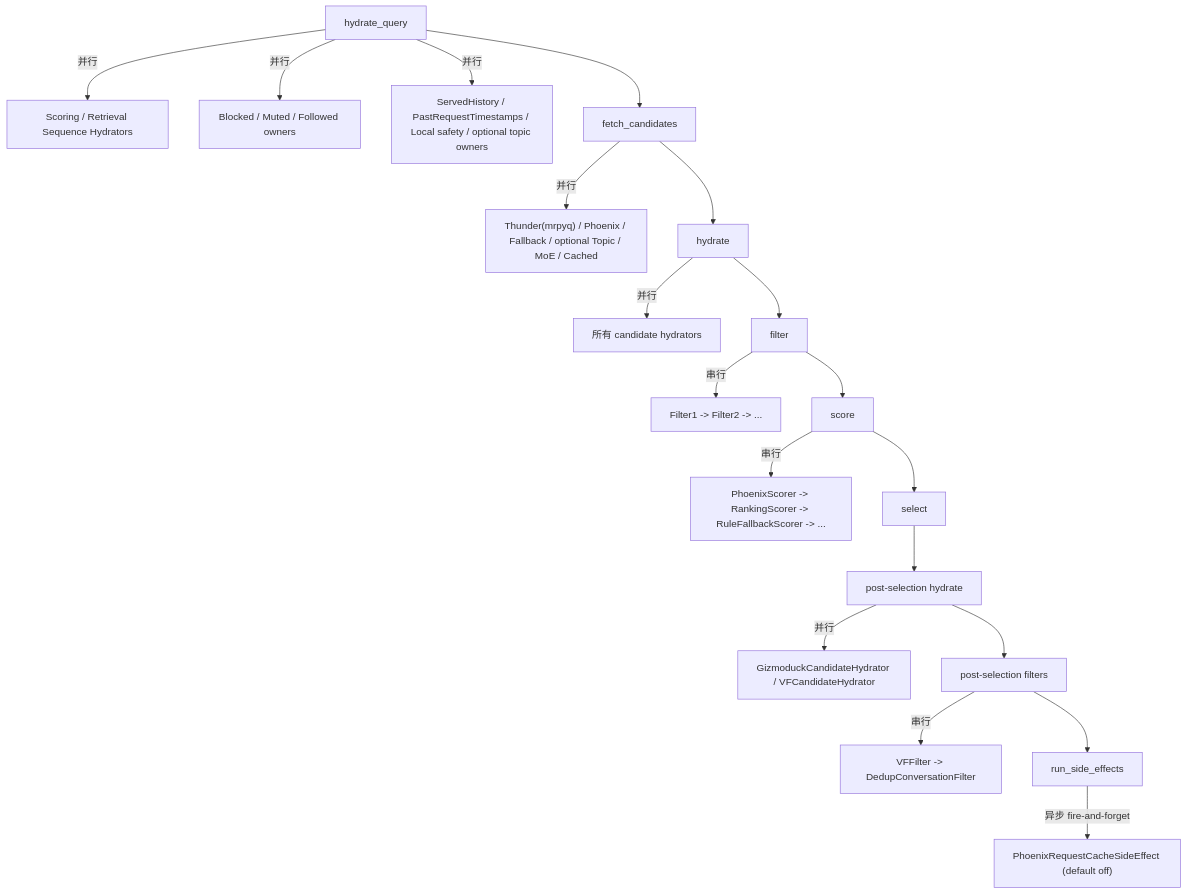
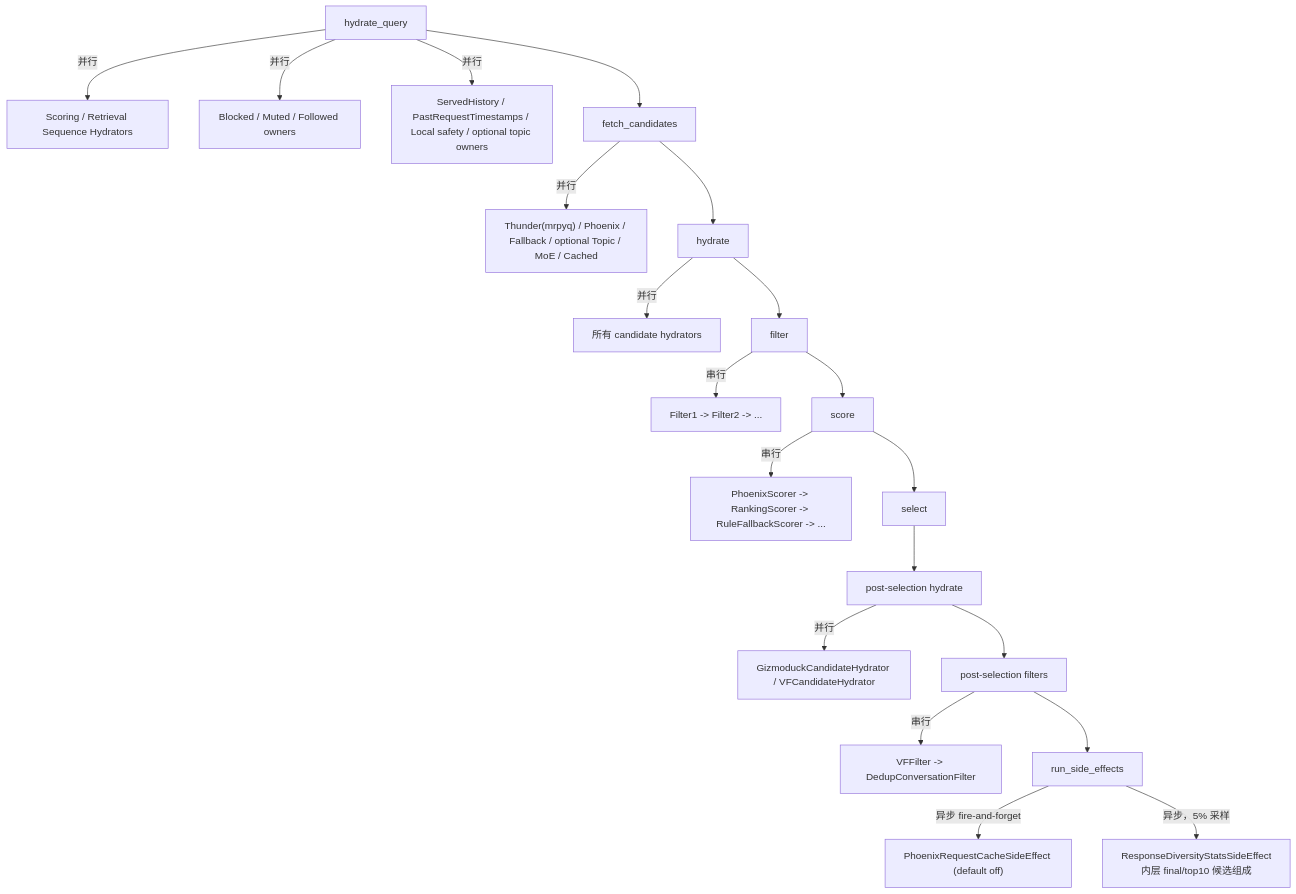
One commit to freefcw/x-algorithm changed the third of 3 diagrams in docs/home-mixer/02-request-lifecycle.md. Above: the diagram before and after it, drawn with Mermaid. The commit also changed other lines of this file and 12 other files, not shown here.

````diff
--- a/docs/home-mixer/02-request-lifecycle.md
+++ b/docs/home-mixer/02-request-lifecycle.md
@@ -102,21 +102,22 @@
 ```mermaid
 flowchart TD
     A["hydrate_query"] -->|"并行"| A1["Scoring / Retrieval Sequence Hydrators"]
     A -->|"并行"| A2["Blocked / Muted / Followed owners"]
     A -->|"并行"| A3["ServedHistory / PastRequestTimestamps / Local safety / optional topic owners"]
     A --> B["fetch_candidates"]
     B -->|"并行"| B1["Thunder(mrpyq) / Phoenix / Fallback / optional Topic / MoE / Cached"]
     B --> C["hydrate"]
     C -->|"并行"| C1["所有 candidate hydrators"]
     C --> D["filter"]
     D -->|"串行"| D1["Filter1 -> Filter2 -> ..."]
     D --> E["score"]
     E -->|"串行"| E1["PhoenixScorer -> RankingScorer -> RuleFallbackScorer -> ..."]
     E --> F["select"]
     F --> G["post-selection hydrate"]
     G -->|"并行"| G1["GizmoduckCandidateHydrator / VFCandidateHydrator"]
     G --> H["post-selection filters"]
     H -->|"串行"| H1["VFFilter -> DedupConversationFilter"]
     H --> I["run_side_effects"]
     I -->|"异步 fire-and-forget"| I1["PhoenixRequestCacheSideEffect (default off)"]
+    I -->|"异步，5% 采样"| I2["ResponseDiversityStatsSideEffect<br/>内层 final/top10 候选组成"]
 ```
````
